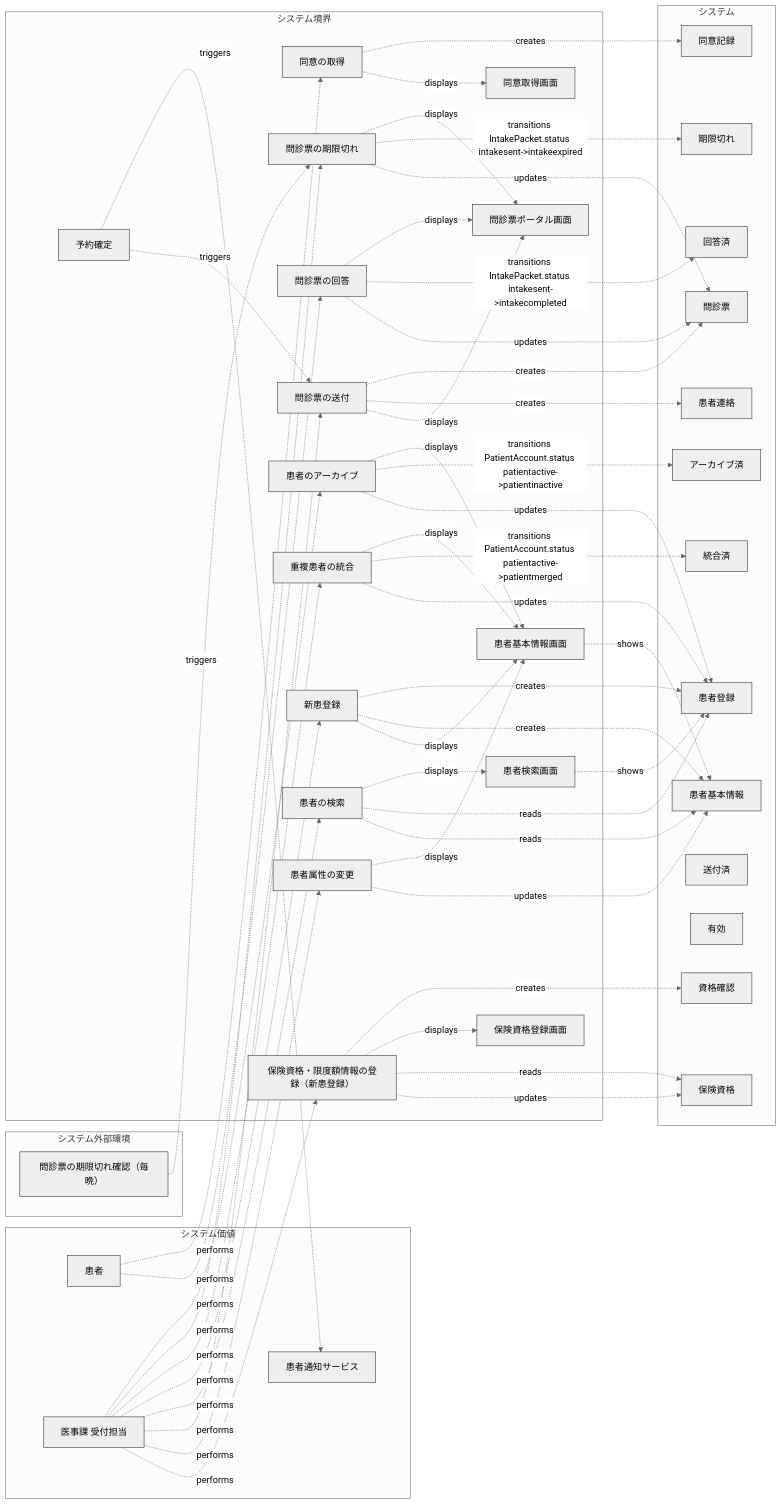
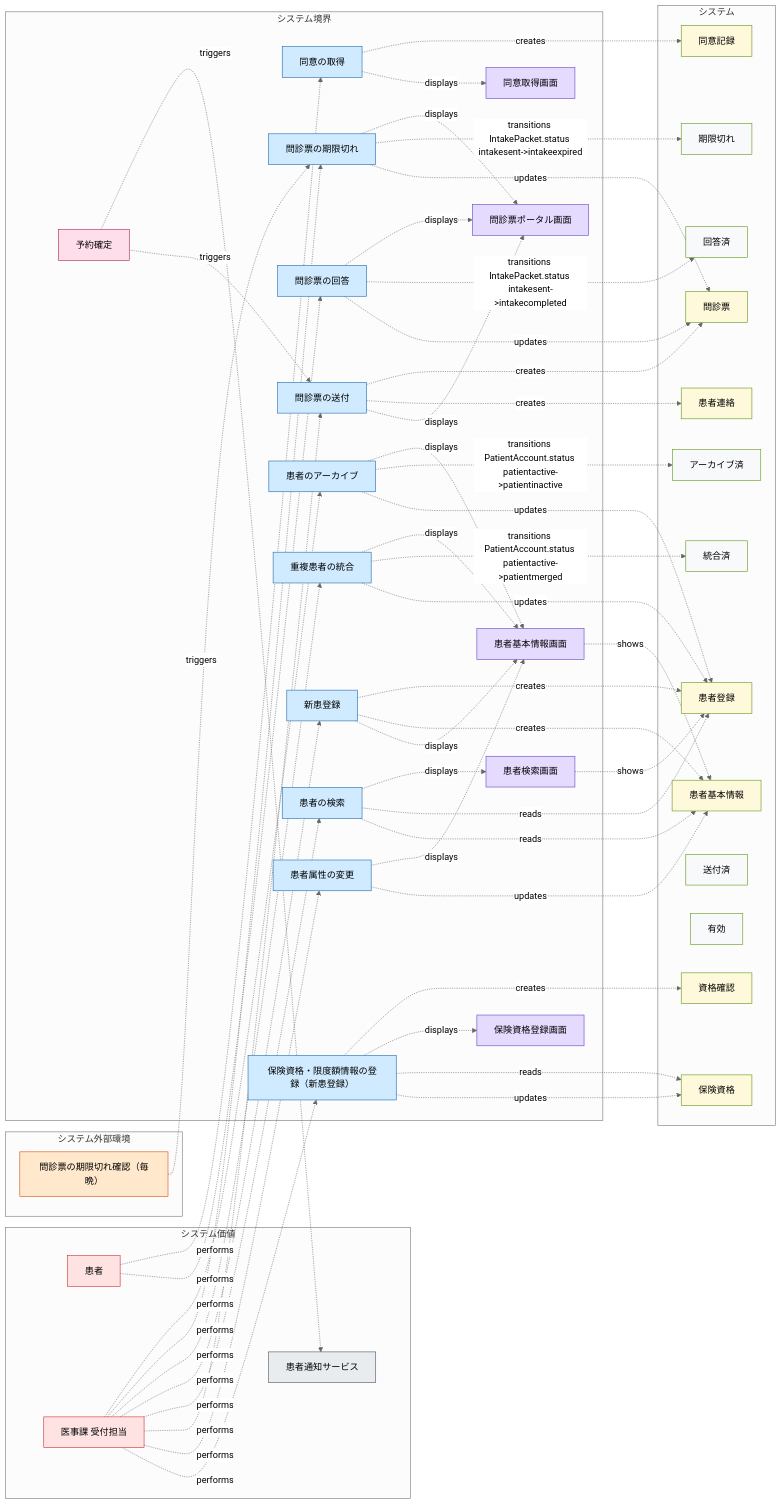
The fifth of 27 diagrams in samples/clinic-ops/design-sample.md (manji-0/rdra-ish-dsl), drawn with Mermaid (neutral theme) before and after one commit. The commit also changed other lines of this file and 76 other files, not shown here.

First line of the commit message:
feat(cli): colour each RDRA element family in the flowchart diagrams

````diff
--- a/samples/clinic-ops/design-sample.md
+++ b/samples/clinic-ops/design-sample.md
@@ -649,12 +649,12 @@
   %% derived usecase__VerifyInsurance -> entity__InsurancePolicy via api__EligibilityApi
   usecase__VerifyInsurance -.->|updates| entity__InsurancePolicy
   %% derived usecase__VerifyInsurance -> entity__InsurancePolicy via api__EligibilityApi
-  classDef actor stroke:#333;
-  classDef extsystem stroke:#333;
-  classDef timer stroke:#333;
-  classDef usecase stroke:#333;
-  classDef screen stroke:#333;
-  classDef event stroke:#333;
-  classDef entity stroke:#333;
-  classDef state stroke:#333;
+  classDef actor fill:#ffe3e3,stroke:#c92a2a,color:#000;
+  classDef extsystem fill:#e9ecef,stroke:#495057,color:#000;
+  classDef timer fill:#ffe8cc,stroke:#d9480f,color:#000;
+  classDef usecase fill:#d0ebff,stroke:#1864ab,color:#000;
+  classDef screen fill:#e5dbff,stroke:#5f3dc4,color:#000;
+  classDef event fill:#ffdeeb,stroke:#a61e4d,color:#000;
+  classDef entity fill:#fff9db,stroke:#5c940d,color:#000;
+  classDef state fill:#f8f9fa,stroke:#5c940d,color:#000;
 ```
````
